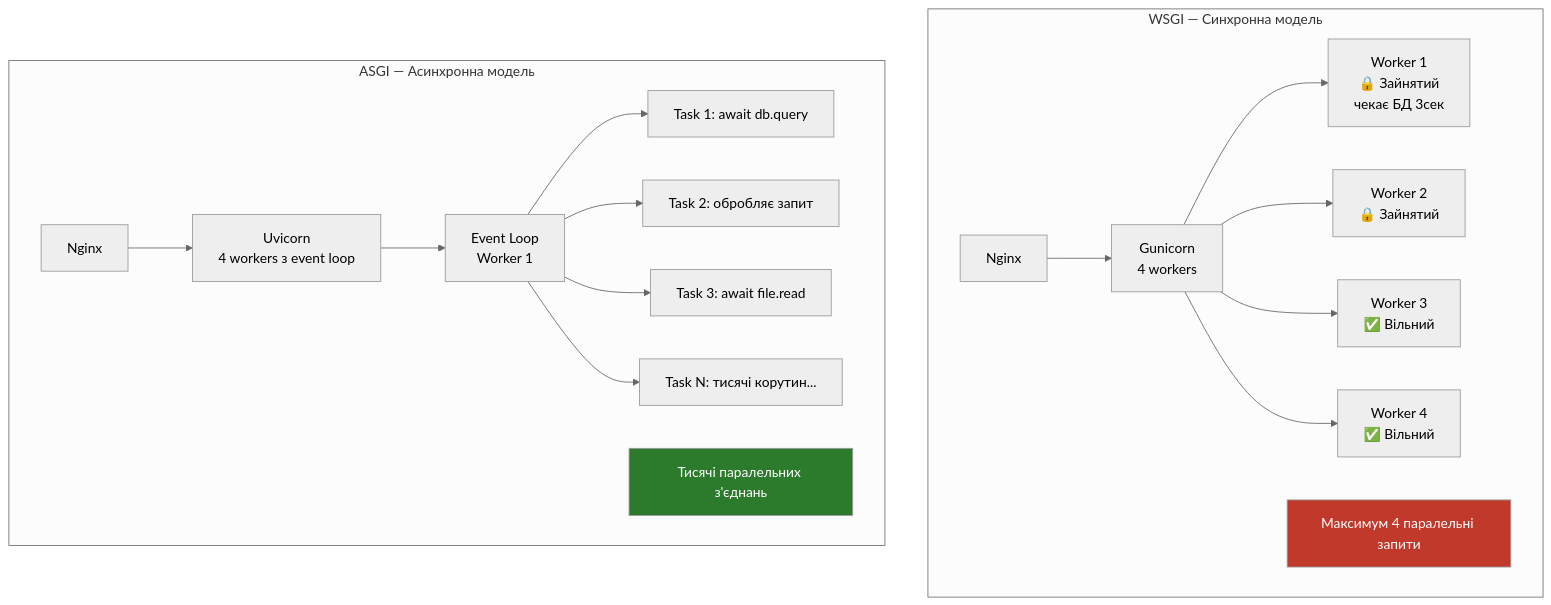
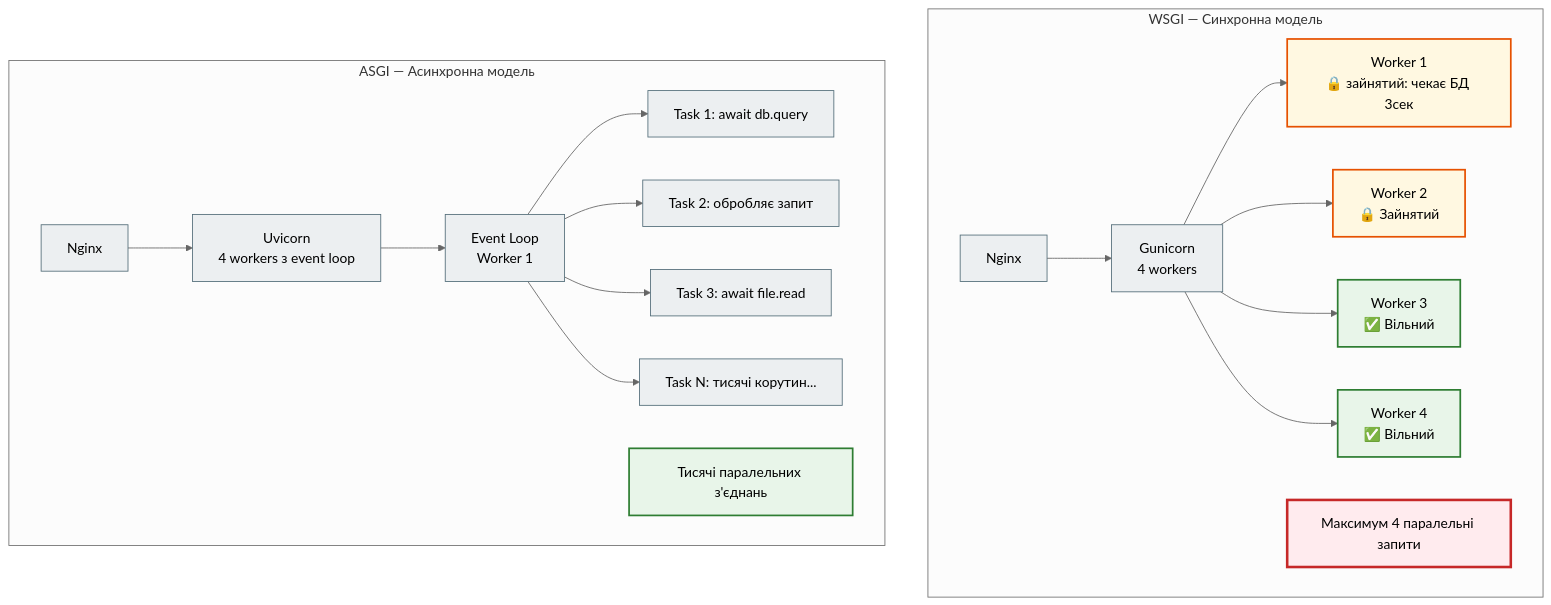
One commit to NikoriakViktot/notes_chat_app changed diagram 13 of 19 in docs/02_django_core/django_mermaid_full.md. Above: the diagram before and after it, drawn with Mermaid (neutral theme). The commit also changed other lines of this file and 441 other files, not shown here.

First line of the commit message:
Add English version of the book, Mermaid standard, docs fixes

````diff
--- a/docs/02_django_core/django_mermaid_full.md
+++ b/docs/02_django_core/django_mermaid_full.md
@@ -379,24 +404,30 @@
 ```mermaid
 graph TD
     subgraph WSGI_SYN[WSGI — Синхронна модель]
-        W_Nginx[Nginx] --> W_Gunicorn[Gunicorn\n4 workers]
-        W_Gunicorn --> W1[Worker 1\n🔒 Зайнятий\nчекає БД 3сек]
-        W_Gunicorn --> W2[Worker 2\n🔒 Зайнятий]
-        W_Gunicorn --> W3[Worker 3\n✅ Вільний]
-        W_Gunicorn --> W4[Worker 4\n✅ Вільний]
+        W_Nginx[Nginx] --> W_Gunicorn["Gunicorn<br>4 workers"]
+        W_Gunicorn --> W1["Worker 1<br>🔒 зайнятий: чекає БД 3сек"]
+        W_Gunicorn --> W2["Worker 2<br>🔒 Зайнятий"]
+        W_Gunicorn --> W3["Worker 3<br>✅ Вільний"]
+        W_Gunicorn --> W4["Worker 4<br>✅ Вільний"]
         Note1[Максимум 4 паралельні запити]
     end
 
     subgraph ASGI_ASY[ASGI — Асинхронна модель]
-        A_Nginx[Nginx] --> A_Uvicorn[Uvicorn\n4 workers з event loop]
-        A_Uvicorn --> EL[Event Loop\nWorker 1]
+        A_Nginx[Nginx] --> A_Uvicorn["Uvicorn<br>4 workers з event loop"]
+        A_Uvicorn --> EL["Event Loop<br>Worker 1"]
         EL --> T1[Task 1: await db.query]
         EL --> T2[Task 2: обробляє запит]
         EL --> T3[Task 3: await file.read]
         EL --> T4[Task N: тисячі корутин...]
         Note2[Тисячі паралельних з'єднань]
     end
 
-    style Note1 fill:#c0392b,color:#fff
-    style Note2 fill:#2C7A2C,color:#fff
+    classDef step     fill:#eceff1,stroke:#546e7a,stroke-width:1px;
+    classDef warning  fill:#fff8e1,stroke:#e65100,stroke-width:2px;
+    classDef success  fill:#e8f5e9,stroke:#2e7d32,stroke-width:2px;
+    classDef error    fill:#ffebee,stroke:#c62828,stroke-width:3px;
+    class W_Nginx,W_Gunicorn,A_Nginx,A_Uvicorn,EL,T1,T2,T3,T4 step;
+    class W1,W2 warning;
+    class W3,W4,Note2 success;
+    class Note1 error;
 ```
````
